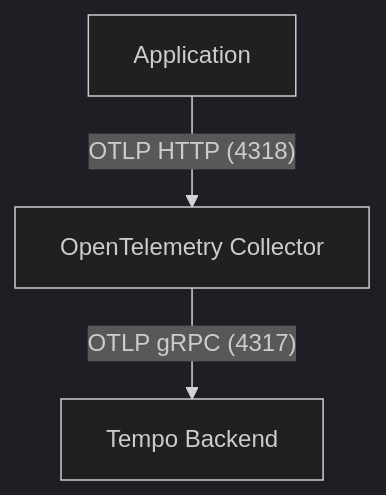
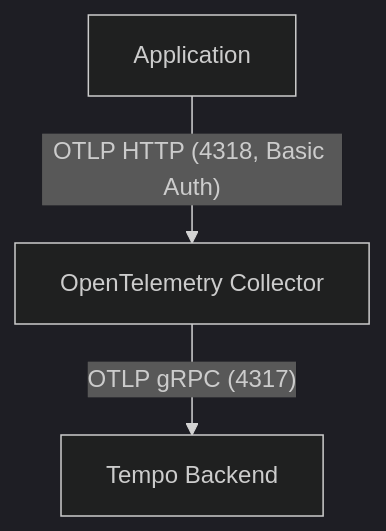
One commit to we-lysn/welysn-otel-collector changed the diagram in README.md. Above: the diagram before and after it, drawn with Mermaid (dark theme). The commit also changed other lines of this file and 5 other files, not shown here.

````diff
--- a/README.md
+++ b/README.md
@@ -19,5 +19,5 @@
 ```mermaid
 graph TD
-    A[Application] -- OTLP HTTP (4318) --> B[OpenTelemetry Collector]
+    A[Application] -- OTLP HTTP (4318, Basic Auth) --> B[OpenTelemetry Collector]
     B -- OTLP gRPC (4317) --> C[Tempo Backend]
 ```
````
